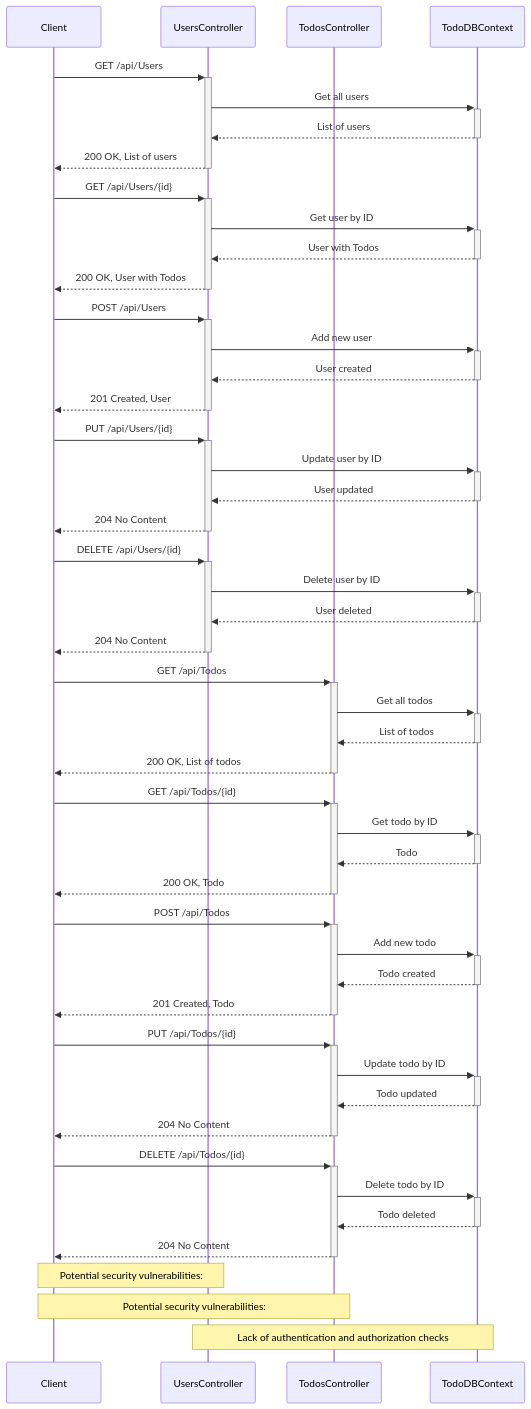
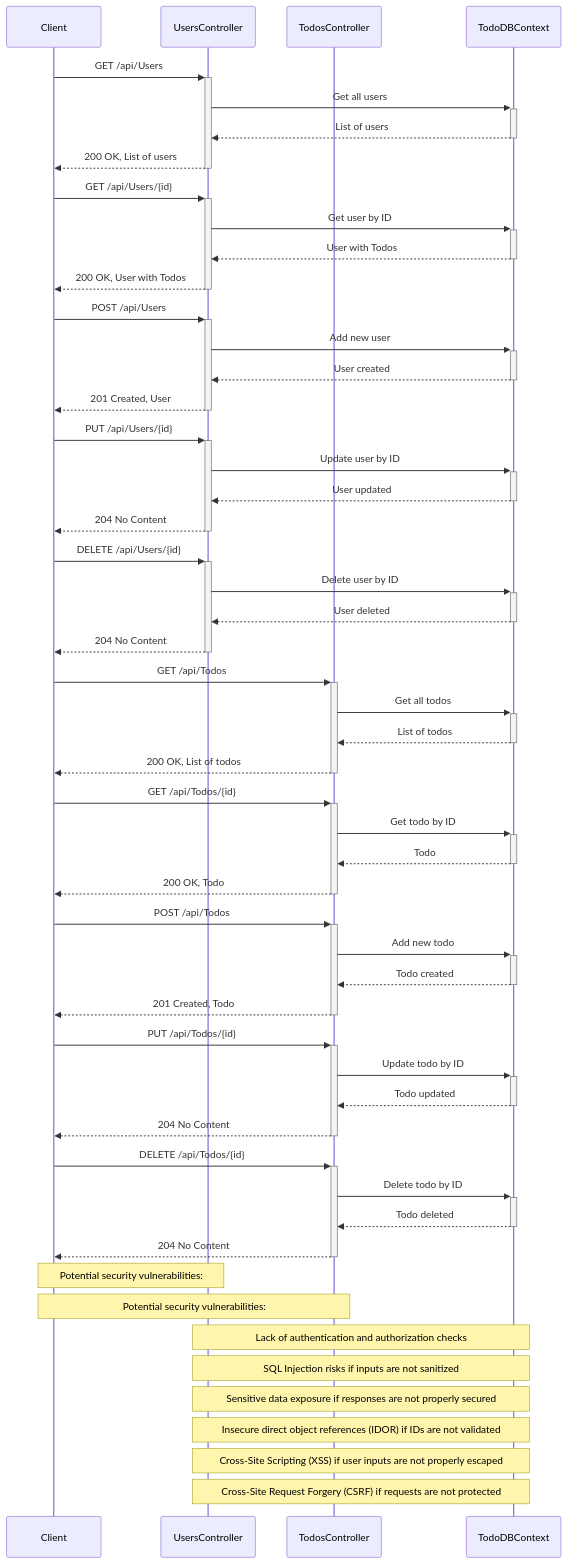
One commit to vijaynvb/CBA_TodoAPI changed the diagram in TodoAPI/Diagrams/UserSequenceDiagram.md. Above: the diagram before and after it, drawn with Mermaid.

````diff
--- a/TodoAPI/Diagrams/UserSequenceDiagram.md
+++ b/TodoAPI/Diagrams/UserSequenceDiagram.md
@@ -2,63 +2,67 @@
 ```mermaid
 
 sequenceDiagram
     participant Client
     participant UsersController
     participant TodosController
     participant TodoDBContext
 
     Client->>+UsersController: GET /api/Users
     UsersController->>+TodoDBContext: Get all users
     TodoDBContext-->>-UsersController: List of users
     UsersController-->>-Client: 200 OK, List of users
 
     Client->>+UsersController: GET /api/Users/{id}
     UsersController->>+TodoDBContext: Get user by ID
     TodoDBContext-->>-UsersController: User with Todos
     UsersController-->>-Client: 200 OK, User with Todos
 
     Client->>+UsersController: POST /api/Users
     UsersController->>+TodoDBContext: Add new user
     TodoDBContext-->>-UsersController: User created
     UsersController-->>-Client: 201 Created, User
 
     Client->>+UsersController: PUT /api/Users/{id}
     UsersController->>+TodoDBContext: Update user by ID
     TodoDBContext-->>-UsersController: User updated
     UsersController-->>-Client: 204 No Content
 
     Client->>+UsersController: DELETE /api/Users/{id}
     UsersController->>+TodoDBContext: Delete user by ID
     TodoDBContext-->>-UsersController: User deleted
     UsersController-->>-Client: 204 No Content
 
     Client->>+TodosController: GET /api/Todos
     TodosController->>+TodoDBContext: Get all todos
     TodoDBContext-->>-TodosController: List of todos
     TodosController-->>-Client: 200 OK, List of todos
 
     Client->>+TodosController: GET /api/Todos/{id}
     TodosController->>+TodoDBContext: Get todo by ID
     TodoDBContext-->>-TodosController: Todo
     TodosController-->>-Client: 200 OK, Todo
 
     Client->>+TodosController: POST /api/Todos
     TodosController->>+TodoDBContext: Add new todo
     TodoDBContext-->>-TodosController: Todo created
     TodosController-->>-Client: 201 Created, Todo
 
     Client->>+TodosController: PUT /api/Todos/{id}
     TodosController->>+TodoDBContext: Update todo by ID
     TodoDBContext-->>-TodosController: Todo updated
     TodosController-->>-Client: 204 No Content
 
     Client->>+TodosController: DELETE /api/Todos/{id}
     TodosController->>+TodoDBContext: Delete todo by ID
     TodoDBContext-->>-TodosController: Todo deleted
     TodosController-->>-Client: 204 No Content
 
     Note over Client,UsersController: Potential security vulnerabilities:
     Note over Client,TodosController: Potential security vulnerabilities:
-    Note over UsersController,TodoDBContext: Lack of authentication and authorization checks
-    
+    Note over UsersController,TodoDBContext:  Lack of authentication and authorization checks
+    Note over UsersController,TodoDBContext: SQL Injection risks if inputs are not sanitized
+    Note over UsersController,TodoDBContext: Sensitive data exposure if responses are not properly secured
+    Note over UsersController,TodoDBContext: Insecure direct object references (IDOR) if IDs are not validated
+    Note over UsersController,TodoDBContext: Cross-Site Scripting (XSS) if user inputs are not properly escaped
+    Note over UsersController,TodoDBContext: Cross-Site Request Forgery (CSRF) if requests are not protected
 ```
````
